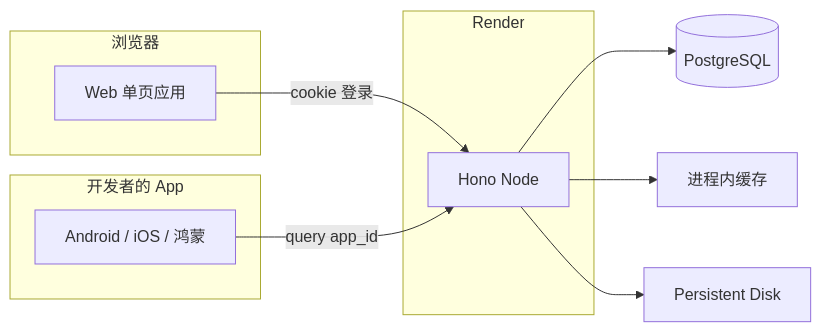
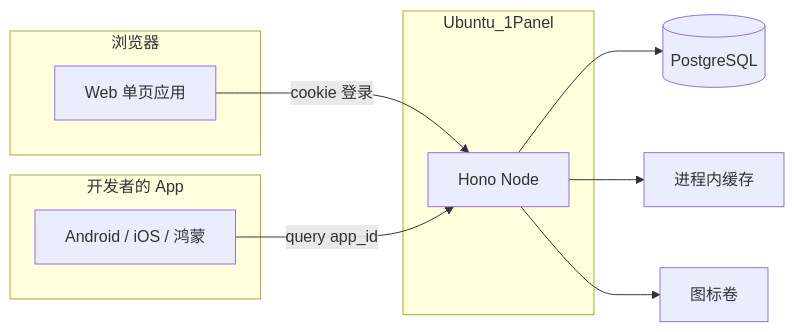
One commit to w2solo/appunion changed the first of 3 diagrams in TECH-appunions.md. Above: the diagram before and after it, drawn with Mermaid. The commit also changed other lines of this file and 9 other files, not shown here.

First line of the commit message:
Move production off Render onto Ubuntu and 1Panel.

````diff
--- a/TECH-appunions.md
+++ b/TECH-appunions.md
@@ -29,21 +29,21 @@
 ```mermaid
 flowchart LR
   subgraph browser [浏览器]
     Web[Web 单页应用]
   end
   subgraph host [开发者的 App]
     Native[Android / iOS / 鸿蒙]
   end
-  subgraph render [Render]
+  subgraph server [Ubuntu_1Panel]
     Api[Hono Node]
   end
   PG[(PostgreSQL)]
   Mem[进程内缓存]
-  Disk[Persistent Disk]
+  Disk[图标卷]
 
   Web -->|cookie 登录| Api
   Native -->|query app_id| Api
   Api --> PG
   Api --> Mem
   Api --> Disk
 ```
````
